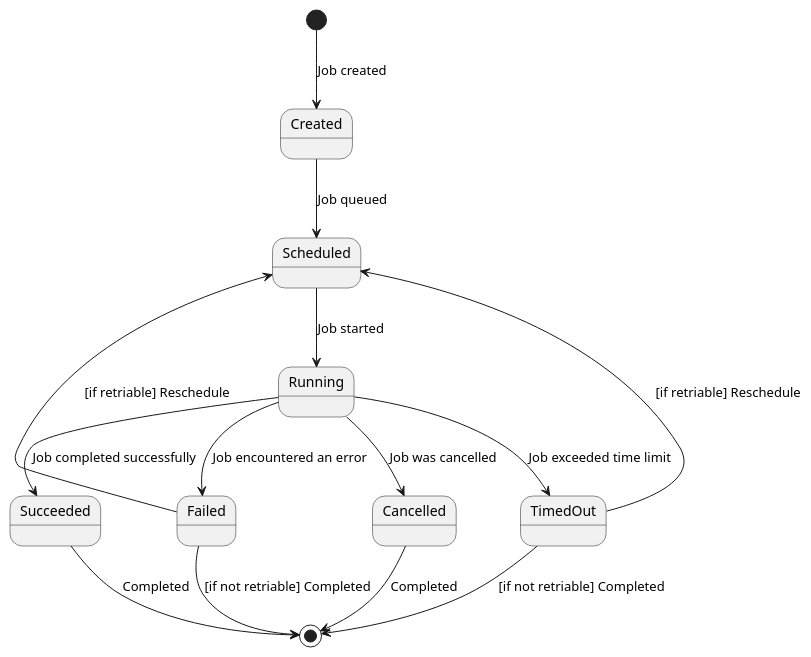
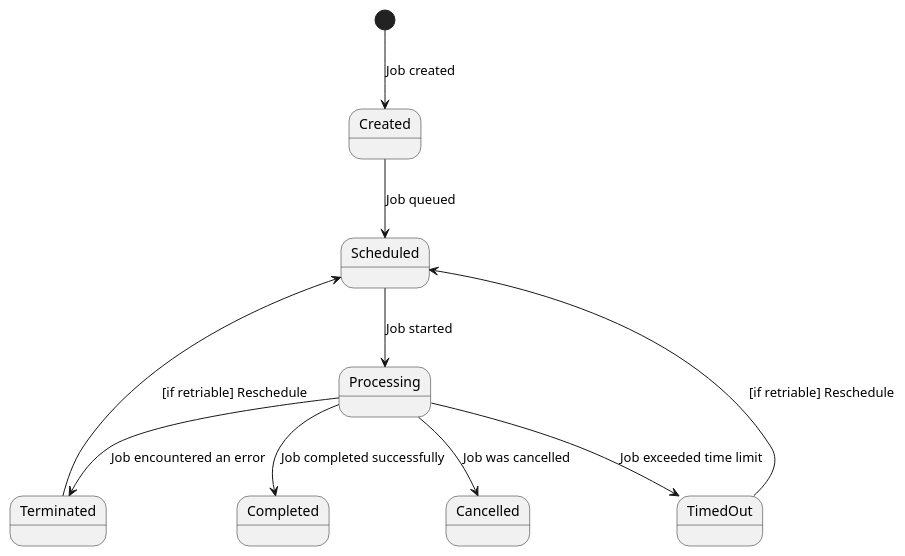
Before and after one commit to cybergarage/go-job: the diagram in doc/img/job_state.pu, drawn with PlantUML.

Commit message:
Update images

```diff
--- a/doc/img/job_state.pu
+++ b/doc/img/job_state.pu
@@ -1,19 +1,14 @@
 @startuml
 [*] --> Created : Job created
 
 Created --> Scheduled : Job queued
-Scheduled --> Running : Job started
-Running --> Succeeded : Job completed successfully
-Running --> Failed : Job encountered an error
-Running --> Cancelled : Job was cancelled
-Running --> TimedOut : Job exceeded time limit
+Scheduled --> Processing : Job started
+Processing --> Completed : Job completed successfully
+Processing --> Terminated : Job encountered an error
+Processing --> Cancelled : Job was cancelled
+Processing --> TimedOut : Job exceeded time limit
+Terminated --> Scheduled : [if retriable] Reschedule
 
-Failed --> Scheduled : [if retriable] Reschedule
-Failed --> [*] : [if not retriable] Completed
-
-Cancelled --> [*] : Completed
-Succeeded --> [*] : Completed
 TimedOut --> Scheduled : [if retriable] Reschedule
-TimedOut --> [*] : [if not retriable] Completed
 
 @enduml
```
